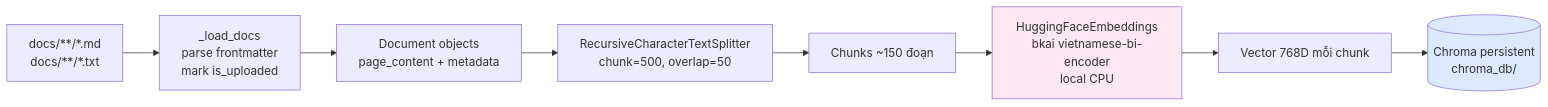
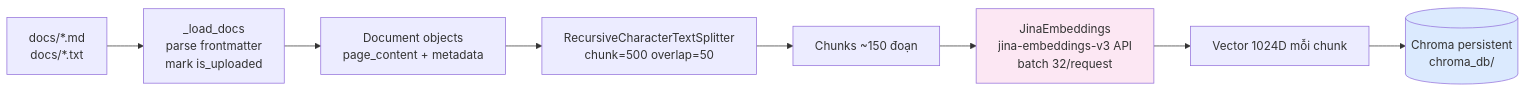
Before and after one commit to EricDuong5423/AIChatBot: the fifth of 8 diagrams in ARCHITECTURE.md, drawn with Mermaid. The commit also changed other lines of this file and 5 other files, not shown here.

````diff
--- a/ARCHITECTURE.md
+++ b/ARCHITECTURE.md
@@ -231,13 +231,13 @@
 ```mermaid
 flowchart LR
-    A[docs/**/*.md<br/>docs/**/*.txt] --> B[_load_docs<br/>parse frontmatter<br/>mark is_uploaded]
-    B --> C[Document objects<br/>page_content + metadata]
-    C --> D[RecursiveCharacterTextSplitter<br/>chunk=500, overlap=50]
-    D --> E[Chunks ~150 đoạn]
-    E --> F[HuggingFaceEmbeddings<br/>bkai vietnamese-bi-encoder<br/>local CPU]
-    F --> G[Vector 768D mỗi chunk]
-    G --> H[(Chroma persistent<br/>chroma_db/)]
+    A["docs/*.md<br/>docs/*.txt"] --> B["_load_docs<br/>parse frontmatter<br/>mark is_uploaded"]
+    B --> C["Document objects<br/>page_content + metadata"]
+    C --> D["RecursiveCharacterTextSplitter<br/>chunk=500 overlap=50"]
+    D --> E["Chunks ~150 đoạn"]
+    E --> F["JinaEmbeddings<br/>jina-embeddings-v3 API<br/>batch 32/request"]
+    F --> G["Vector 1024D mỗi chunk"]
+    G --> H[("Chroma persistent<br/>chroma_db/")]
 
     style F fill:#fce7f3
     style H fill:#dbeafe
 ```
````
